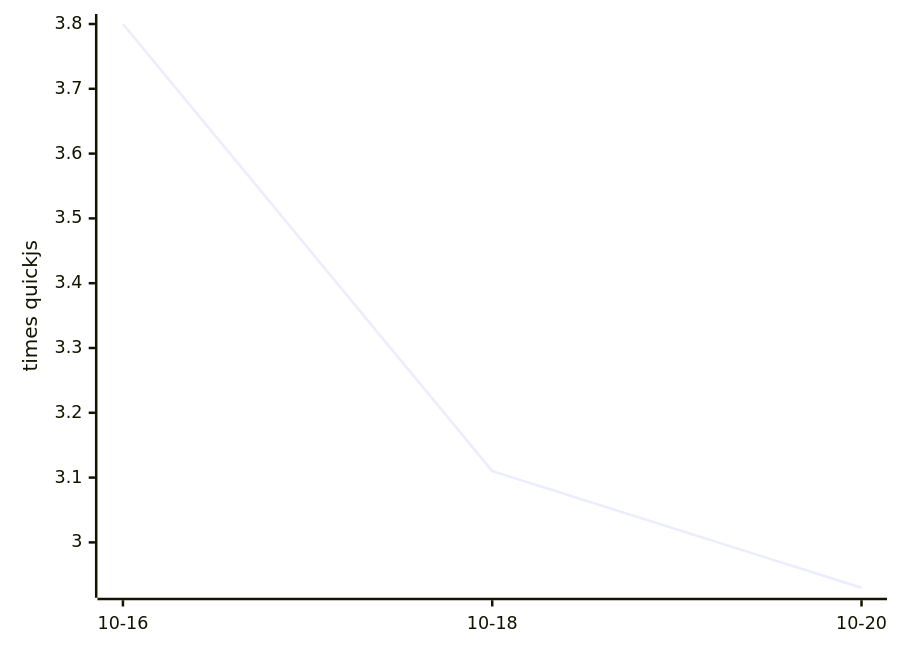
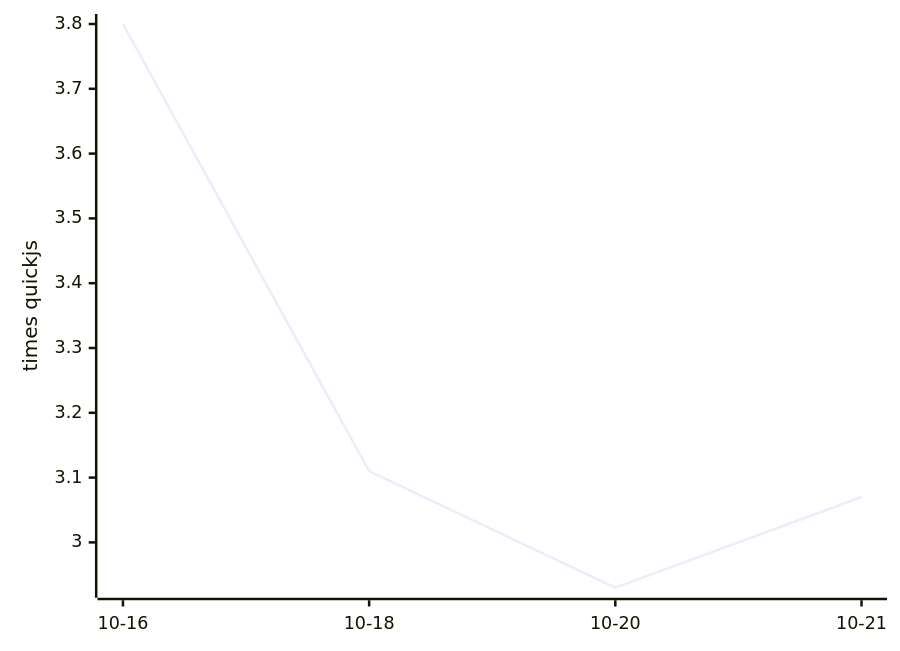
One commit to mozzius/kahvi changed the diagram in README.md. Above: the diagram before and after it, drawn with Mermaid. The commit also changed other lines of this file and 1 other file, not shown here.

````diff
--- a/README.md
+++ b/README.md
@@ -9,6 +9,6 @@
 ```mermaid
 xychart-beta
-  x-axis ["10-16", "10-18", "10-20"]
+  x-axis ["10-16", "10-18", "10-20", "10-21"]
   y-axis "times quickjs"
-  line [3.80, 3.11, 2.93]
+  line [3.80, 3.11, 2.93, 3.07]
 ```
````
